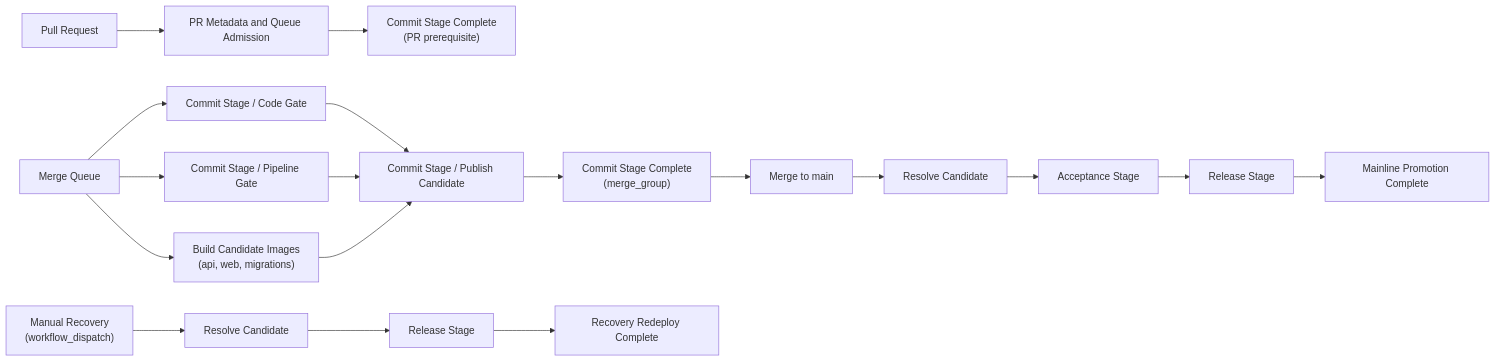
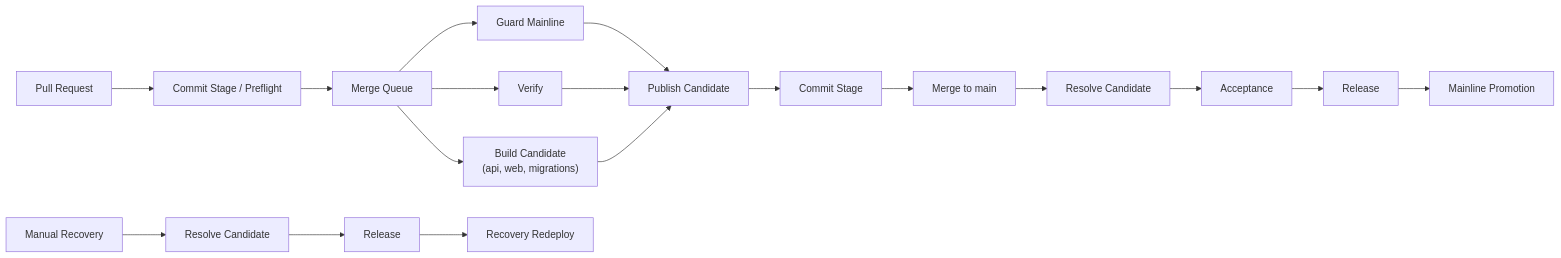
One commit to glcsolutions-ca/compass changed the diagram in platform/pipeline/README.md. Above: the diagram before and after it, drawn with Mermaid. The commit also changed other lines of this file and 15 other files, not shown here.

````diff
--- a/platform/pipeline/README.md
+++ b/platform/pipeline/README.md
@@ -3,22 +3,23 @@
 ```mermaid
 flowchart LR
-    PR["Pull Request"] --> META["PR Metadata and Queue Admission"]
-    META --> PRC["Commit Stage Complete\n(PR prerequisite)"]
+    PR["Pull Request"] --> PF["Commit Stage / Preflight"]
+    PF --> MQ["Merge Queue"]
 
-    MQ["Merge Queue"] --> CG["Commit Stage / Code Gate"]
-    MQ --> PG["Commit Stage / Pipeline Gate"]
-    MQ --> BI["Build Candidate Images\n(api, web, migrations)"]
-    CG --> PUB["Commit Stage / Publish Candidate"]
-    PG --> PUB
-    BI --> PUB
-    PUB --> MGC["Commit Stage Complete\n(merge_group)"]
-    MGC --> MAIN["Merge to main"]
+    MQ --> GM["Guard Mainline"]
+    MQ --> VR["Verify"]
+    MQ --> BC["Build Candidate\n(api, web, migrations)"]
+    GM --> PC["Publish Candidate"]
+    VR --> PC
+    BC --> PC
+    PC --> CS["Commit Stage"]
+    CS --> MAIN["Merge to main"]
+
     MAIN --> RES["Resolve Candidate"]
-    RES --> ACC["Acceptance Stage"]
-    ACC --> REL["Release Stage"]
-    REL --> MPC["Mainline Promotion Complete"]
+    RES --> ACC["Acceptance"]
+    ACC --> REL["Release"]
+    REL --> MP["Mainline Promotion"]
 
-    MR["Manual Recovery\n(workflow_dispatch)"] --> RRES["Resolve Candidate"]
-    RRES --> RREL["Release Stage"]
-    RREL --> RC["Recovery Redeploy Complete"]
+    REC["Manual Recovery"] --> RRES["Resolve Candidate"]
+    RRES --> RREL["Release"]
+    RREL --> RR["Recovery Redeploy"]
 ```
````
